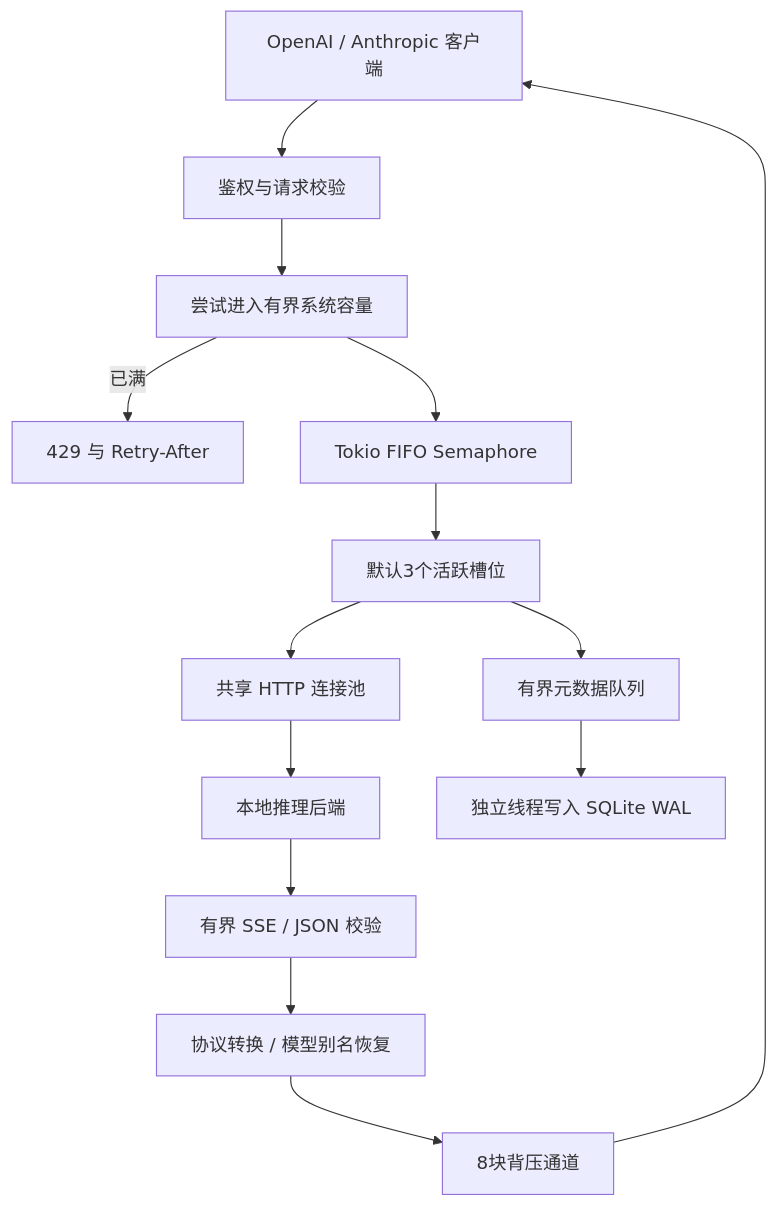
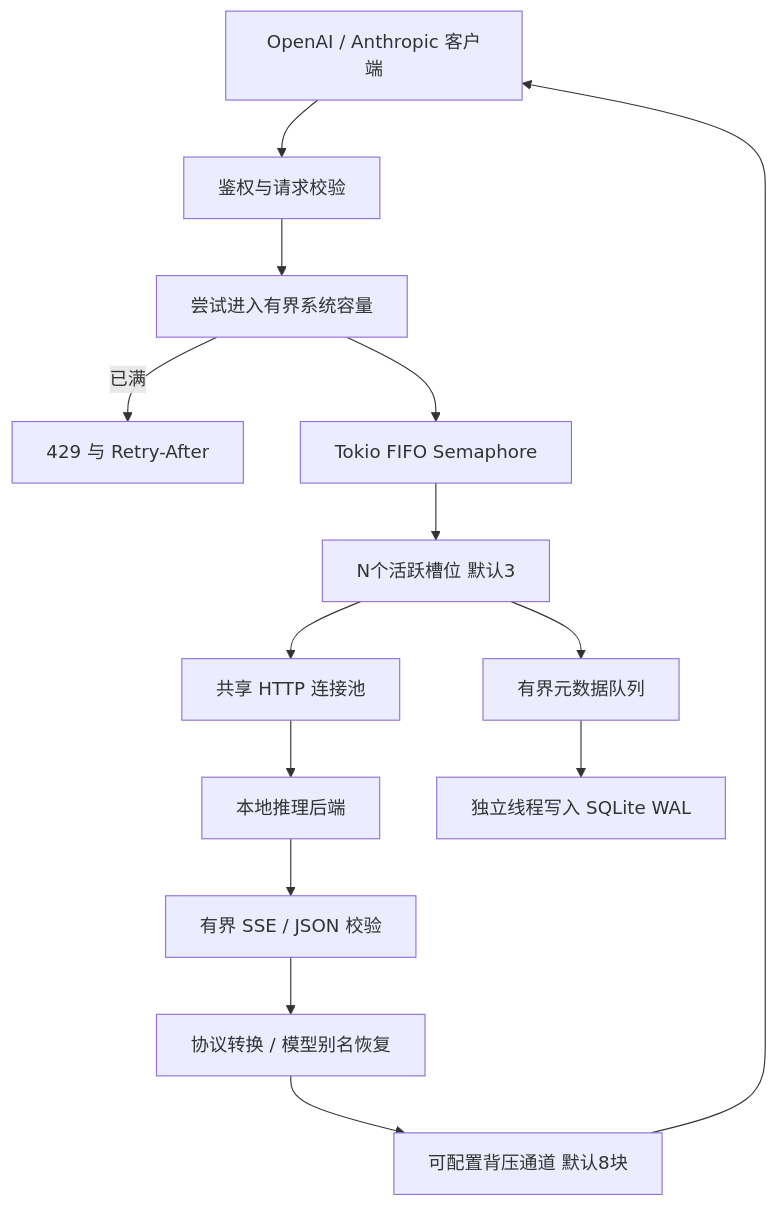
Before and after one commit to zxcAsD01-d/LiteInfer: the diagram in docs/architecture.md, drawn with Mermaid. The commit also changed other lines of this file and 34 other files, not shown here.

````diff
--- a/docs/architecture.md
+++ b/docs/architecture.md
@@ -5,16 +5,16 @@
 ```mermaid
 flowchart TD
   Client[OpenAI / Anthropic 客户端] --> Validate[鉴权与请求校验]
   Validate --> Admission[尝试进入有界系统容量]
   Admission -->|已满| Reject[429 与 Retry-After]
   Admission --> Queue[Tokio FIFO Semaphore]
-  Queue --> Slots[默认3个活跃槽位]
+  Queue --> Slots[N个活跃槽位 默认3]
   Slots --> Pool[共享 HTTP 连接池]
   Pool --> Backend[本地推理后端]
   Backend --> Parse[有界 SSE / JSON 校验]
   Parse --> Translate[协议转换 / 模型别名恢复]
-  Translate --> Buffer[8块背压通道]
+  Translate --> Buffer[可配置背压通道 默认8块]
   Buffer --> Client
   Slots --> Metadata[有界元数据队列]
   Metadata --> DB[独立线程写入 SQLite WAL]
 ```
````
